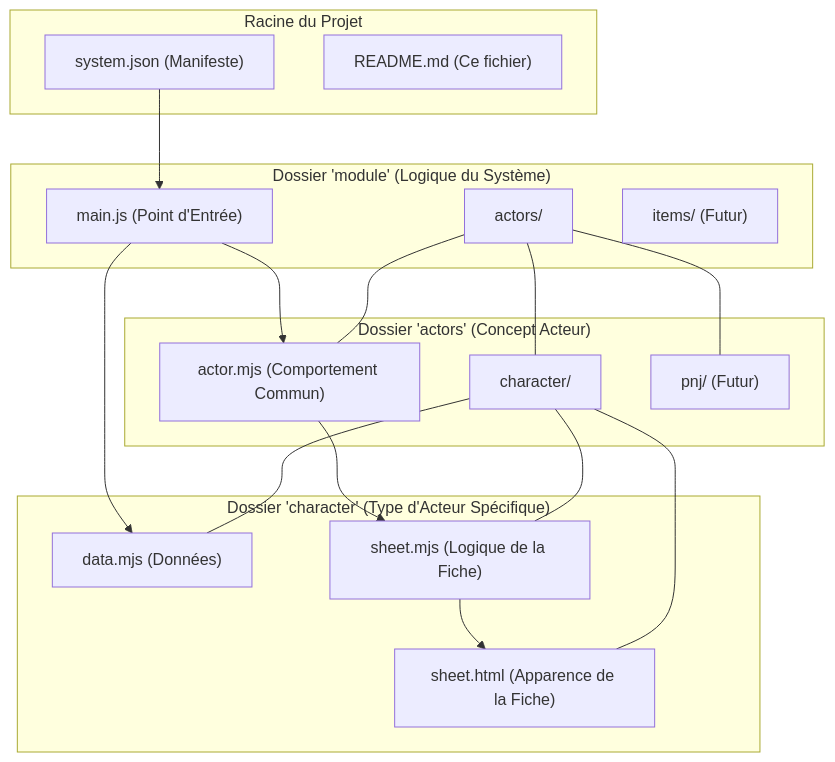
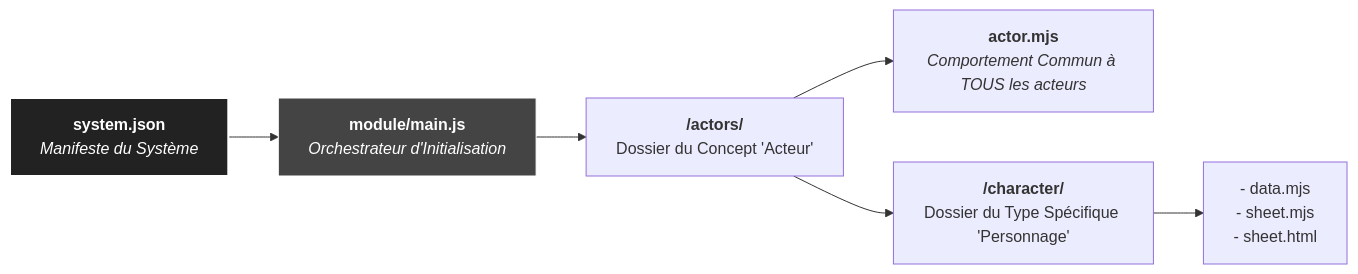
The diagram in README.md (Gabryel666/foundryvtt-guildes-eldorado), drawn with Mermaid before and after one commit. The commit also changed other lines of this file, not shown here.

````diff
--- a/README.md
+++ b/README.md
@@ -11,34 +11,11 @@
 ```mermaid
-graph TD
-    subgraph Racine du Projet
-        A["system.json (Manifeste)"]
-        B["README.md (Ce fichier)"]
-    end
+graph LR
+    A["<b>system.json</b><br/><i>Manifeste du Système</i>"] --> B["<b>module/main.js</b><br/><i>Orchestrateur d'Initialisation</i>"];
+    B --> C["<b>/actors/</b><br/>Dossier du Concept 'Acteur'"];
+    C --> D["<b>actor.mjs</b><br/><i>Comportement Commun à TOUS les acteurs</i>"];
+    C --> E["<b>/character/</b><br/>Dossier du Type Spécifique 'Personnage'"];
+    E --> F["- data.mjs<br/>- sheet.mjs<br/>- sheet.html"];
 
-    subgraph "Dossier 'module' (Logique du Système)"
-        C["main.js (Point d'Entrée)"]
-        D["actors/"]
-        E["items/ (Futur)"]
-    end
-
-    subgraph "Dossier 'actors' (Concept Acteur)"
-        F["actor.mjs (Comportement Commun)"]
-        G["character/"]
-        H["pnj/ (Futur)"]
-    end
-    
-    subgraph "Dossier 'character' (Type d'Acteur Spécifique)"
-        I["data.mjs (Données)"]
-        J["sheet.mjs (Logique de la Fiche)"]
-        K["sheet.html (Apparence de la Fiche)"]
-    end
-
-    A --> C;
-    C --> F;
-    C --> I;
-    F --> J;
-    J --> K;
-    
-    D --- F & G & H;
-    G --- I & J & K;
+    style A fill:#222,stroke:#fff,stroke-width:2px,color:#fff
+    style B fill:#444,stroke:#fff,stroke-width:1px,color:#fff
 ```
````
